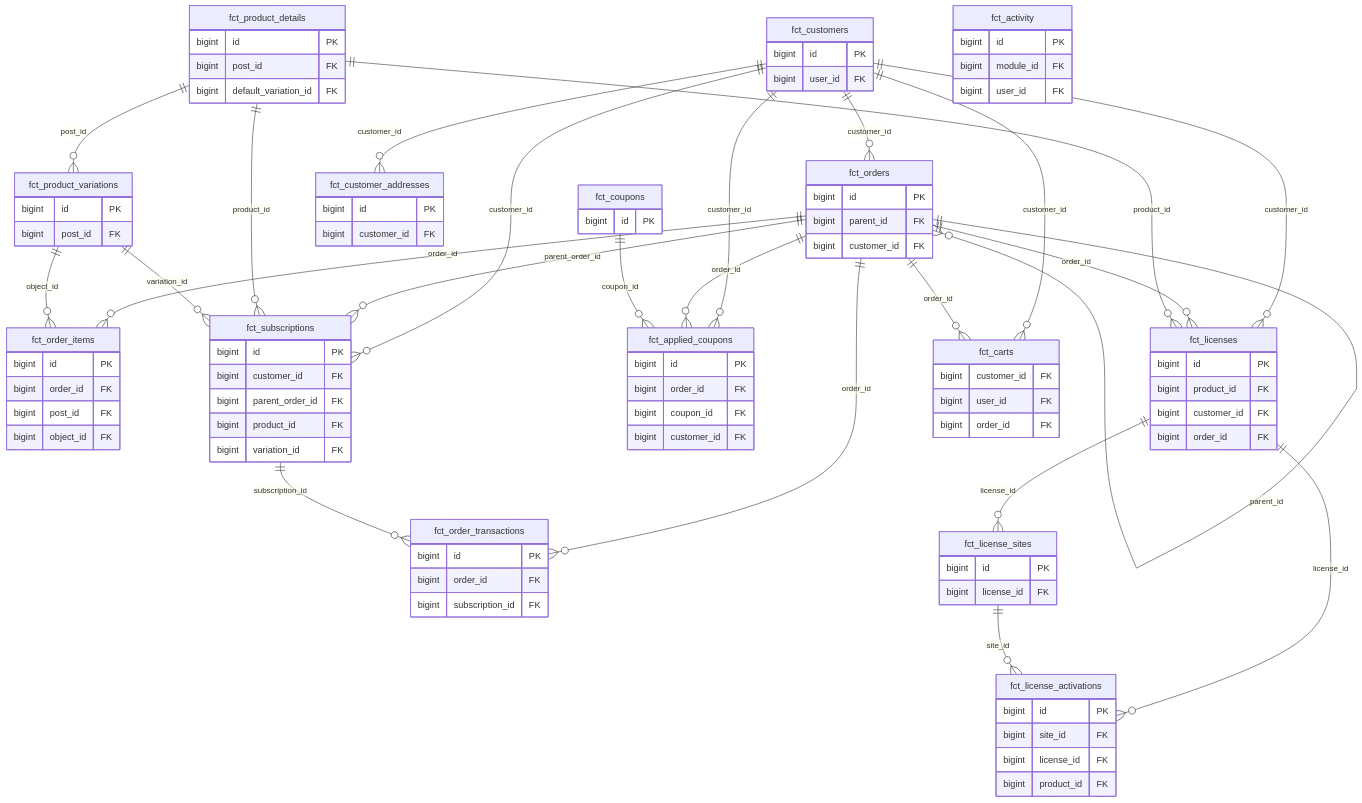
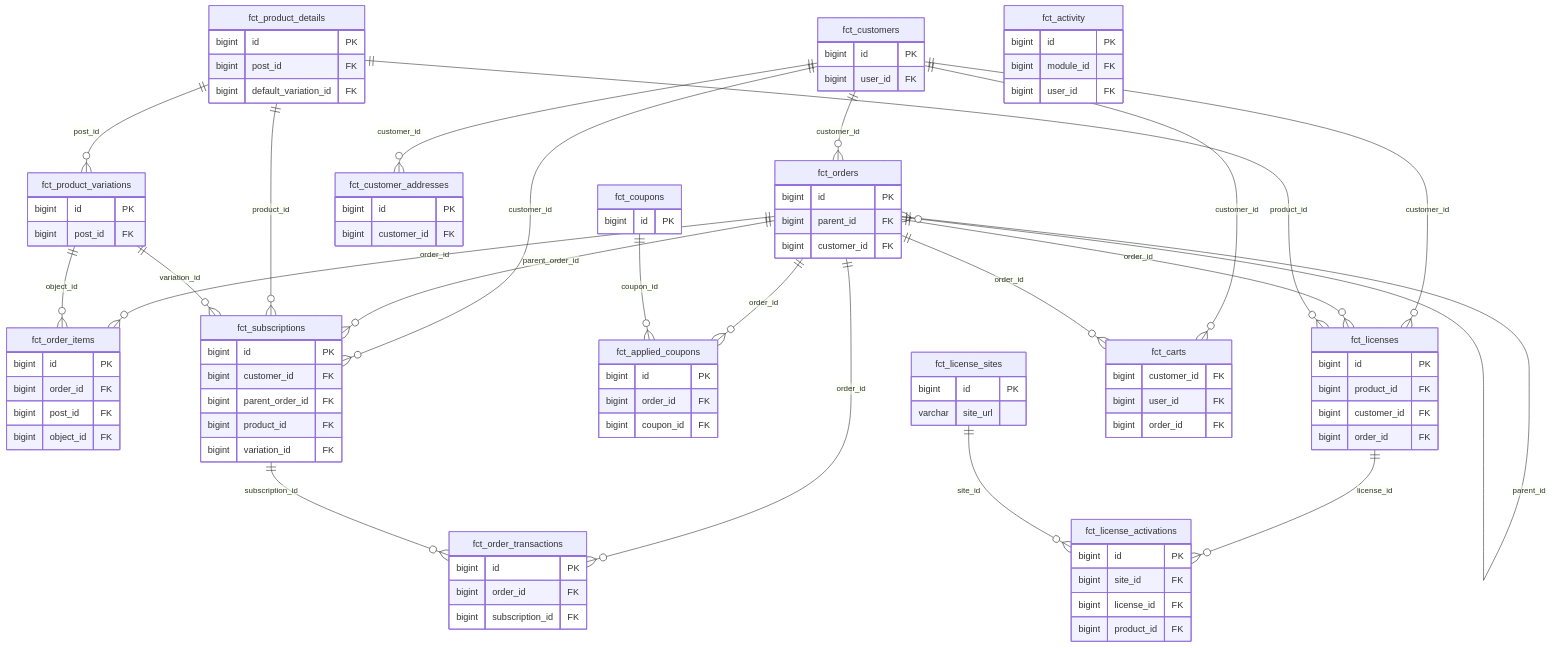
One commit to WPManageNinja/fluent-cart-dev-docs changed the diagram in docs/database/schema.md. Above: the diagram before and after it, drawn with Mermaid. The commit also changed other lines of this file, not shown here.

First line of the commit message:
docs(schema): match the documented tables to the migrators (#33)

```diff
--- a/docs/database/schema.md
+++ b/docs/database/schema.md
@@ -73,7 +73,6 @@
         bigint id PK
         bigint order_id FK
         bigint coupon_id FK
-        bigint customer_id FK
     }
     
     fct_licenses {
@@ -92,7 +91,7 @@
     
     fct_license_sites {
         bigint id PK
-        bigint license_id FK
+        varchar site_url
     }
     
     fct_carts {
@@ -113,7 +112,6 @@
     fct_customers ||--o{ fct_subscriptions : customer_id
     fct_customers ||--o{ fct_carts : customer_id
     fct_customers ||--o{ fct_licenses : customer_id
-    fct_customers ||--o{ fct_applied_coupons : customer_id
     
     %% Order Relationships
     fct_orders ||--o{ fct_order_items : order_id
@@ -136,7 +134,6 @@
     
     %% License Relationships
     fct_licenses ||--o{ fct_license_activations : license_id
-    fct_licenses ||--o{ fct_license_sites : license_id
     fct_license_sites ||--o{ fct_license_activations : site_id
     
     %% Subscription Relationships
```
